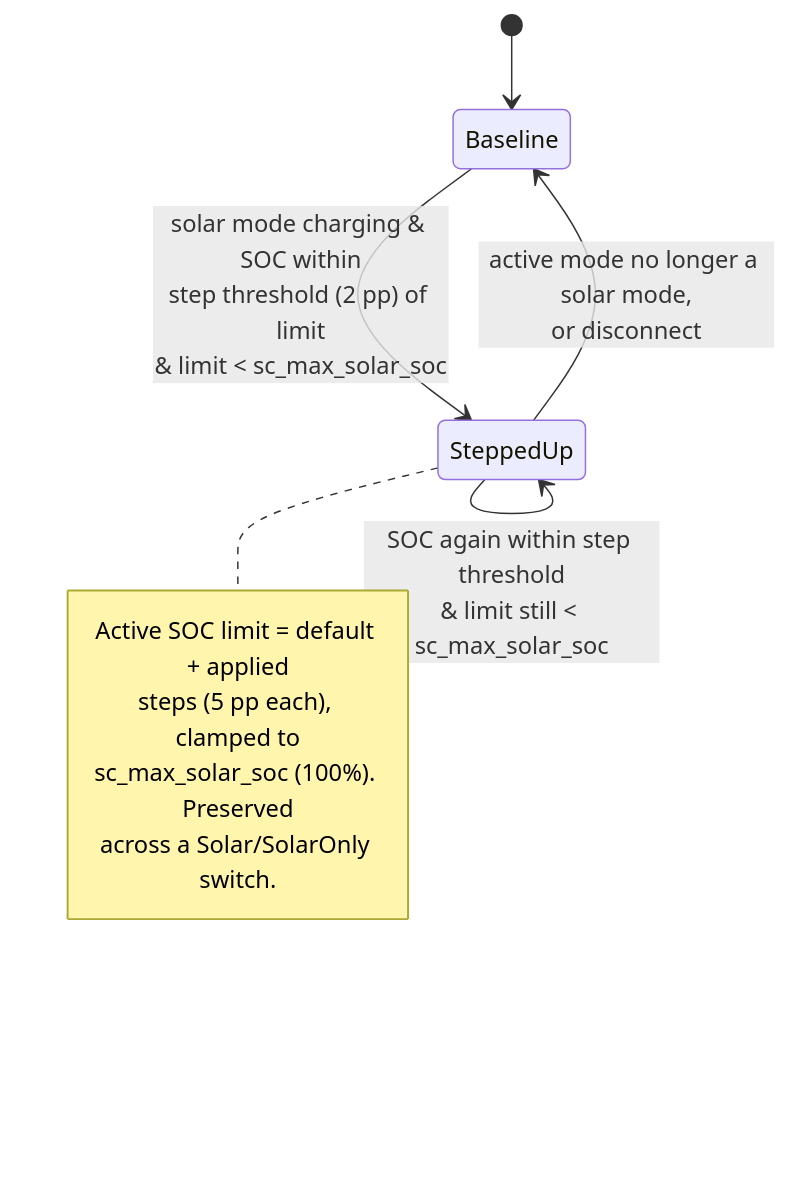
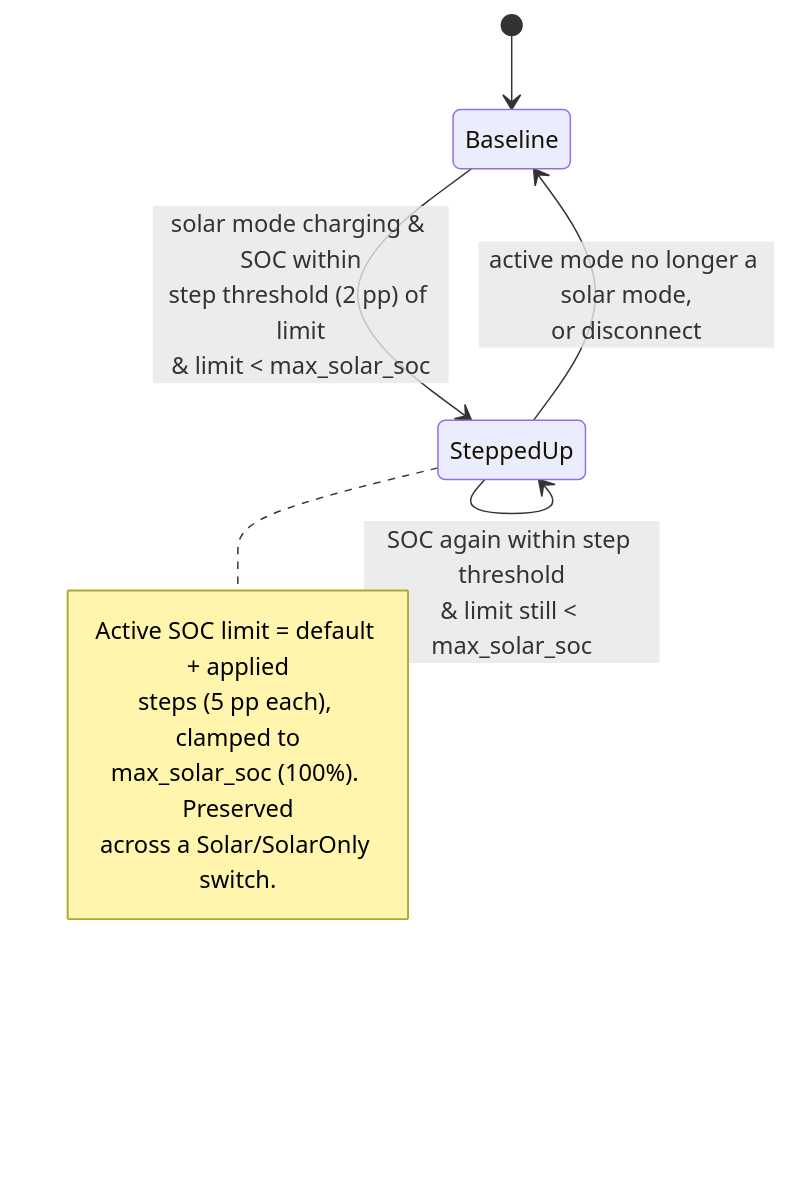
One commit to kristofdegrave/homeassistant-smart-charging changed the diagram in docs/analysis/use-cases/UC06-store-abundant-solar.md. Above: the diagram before and after it, drawn with Mermaid. The commit also changed other lines of this file and 8 other files, not shown here.

````diff
--- a/docs/analysis/use-cases/UC06-store-abundant-solar.md
+++ b/docs/analysis/use-cases/UC06-store-abundant-solar.md
@@ -79,13 +79,13 @@
 ```mermaid
 stateDiagram-v2
     [*] --> Baseline
-    Baseline --> SteppedUp: solar mode charging & SOC within<br/>step threshold (2 pp) of limit<br/>& limit < sc_max_solar_soc
-    SteppedUp --> SteppedUp: SOC again within step threshold<br/>& limit still < sc_max_solar_soc
+    Baseline --> SteppedUp: solar mode charging & SOC within<br/>step threshold (2 pp) of limit<br/>& limit < max_solar_soc
+    SteppedUp --> SteppedUp: SOC again within step threshold<br/>& limit still < max_solar_soc
     SteppedUp --> Baseline: active mode no longer a solar mode,<br/>or disconnect
     note right of SteppedUp
         Active SOC limit = default + applied
         steps (5 pp each), clamped to
-        sc_max_solar_soc (100%). Preserved
+        max_solar_soc (100%). Preserved
         across a Solar/SolarOnly switch.
     end note
 ```
````
